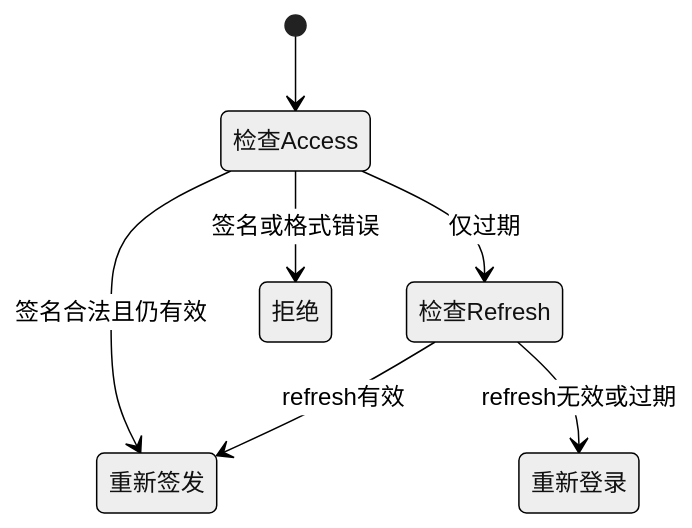
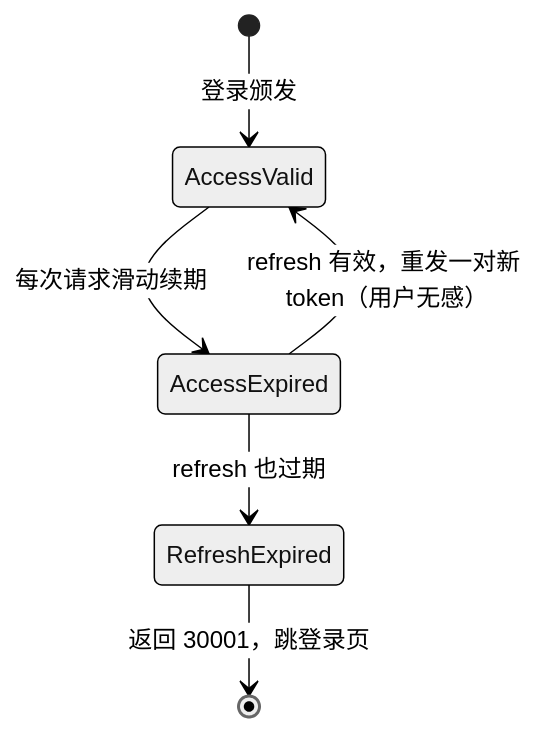
The third of 6 diagrams in docs/lecture/01-user-auth.md (RedInn7/gomall), drawn with Mermaid (neutral theme) before and after one commit. The commit also changed other lines of this file, not shown here.

````diff
--- a/docs/lecture/01-user-auth.md
+++ b/docs/lecture/01-user-auth.md
@@ -108,9 +355,8 @@
 ```mermaid
 stateDiagram-v2
-    [*] --> 检查Access
-    检查Access --> 重新签发: 签名合法且仍有效
-    检查Access --> 检查Refresh: 仅过期
-    检查Access --> 拒绝: 签名或格式错误
-    检查Refresh --> 重新签发: refresh有效
-    检查Refresh --> 重新登录: refresh无效或过期
+    [*] --> AccessValid: 登录颁发
+    AccessValid --> AccessExpired: 每次请求滑动续期
+    AccessExpired --> AccessValid: refresh 有效，重发一对新 token（用户无感）
+    AccessExpired --> RefreshExpired: refresh 也过期
+    RefreshExpired --> [*]: 返回 30001，跳登录页
 ```
````
